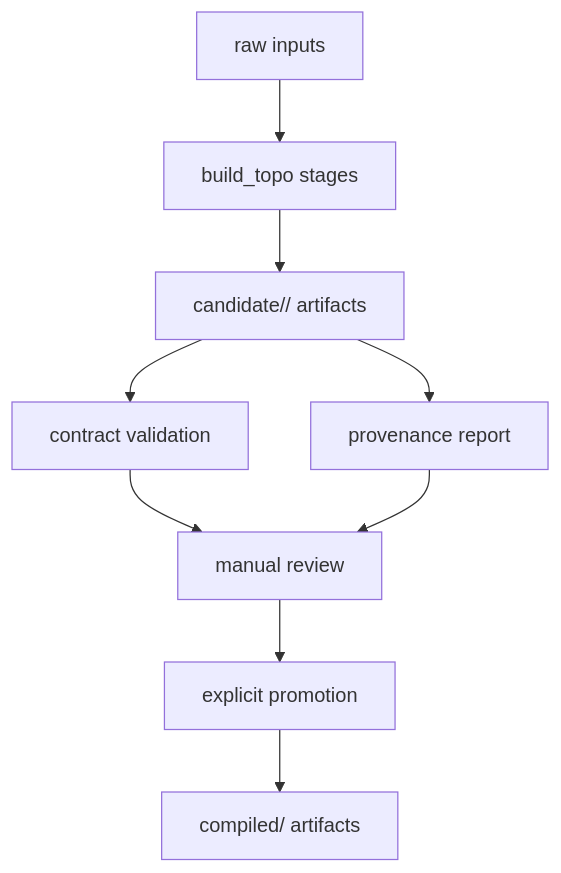
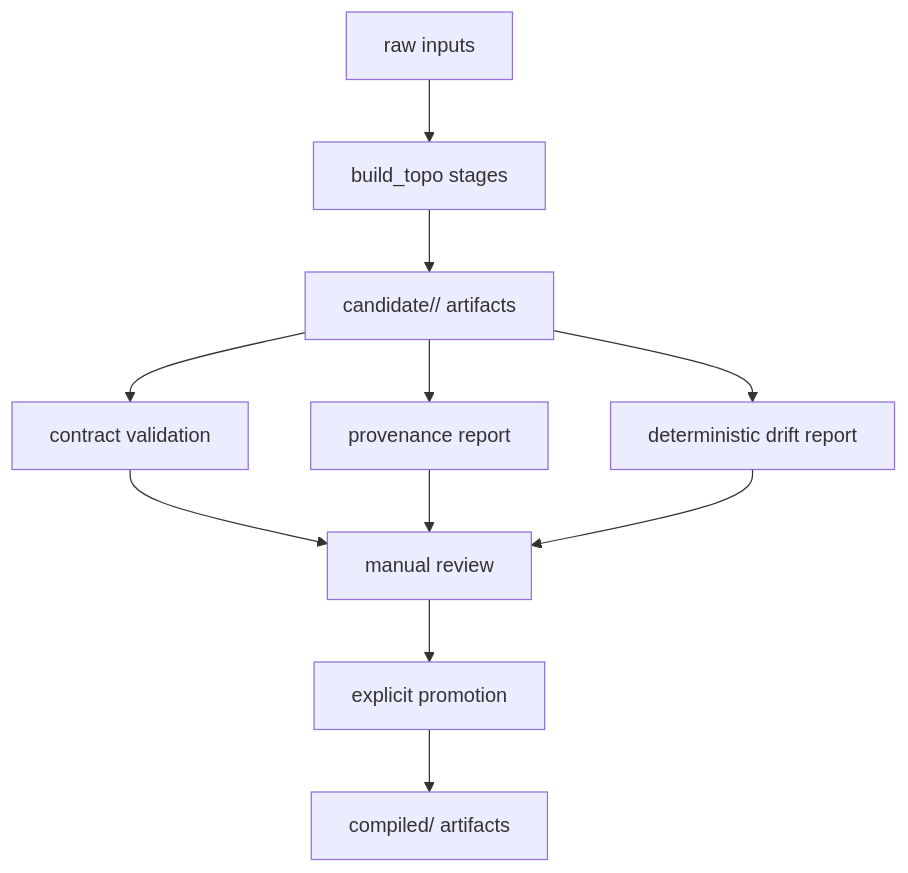
The diagram in docs/design/issue-74-build-topo-modernization.md (ecorbett135/CairnOSv1), drawn with Mermaid before and after one commit. The commit also changed other lines of this file and 7 other files, not shown here.

First line of the commit message:
Add build_topo candidate drift examination (#82)

````diff
--- a/docs/design/issue-74-build-topo-modernization.md
+++ b/docs/design/issue-74-build-topo-modernization.md
@@ -114,20 +114,23 @@
 ```mermaid
 flowchart TD
     Raw["raw inputs"]
     Stages["build_topo stages"]
     Candidate["candidate/<run_id>/ artifacts"]
     Contracts["contract validation"]
     Provenance["provenance report"]
+    Drift["deterministic drift report"]
     Review["manual review"]
     Promote["explicit promotion"]
     Compiled["compiled/ artifacts"]
 
     Raw --> Stages
     Stages --> Candidate
     Candidate --> Contracts
     Candidate --> Provenance
+    Candidate --> Drift
     Contracts --> Review
     Provenance --> Review
+    Drift --> Review
     Review --> Promote
     Promote --> Compiled
 ```
````
